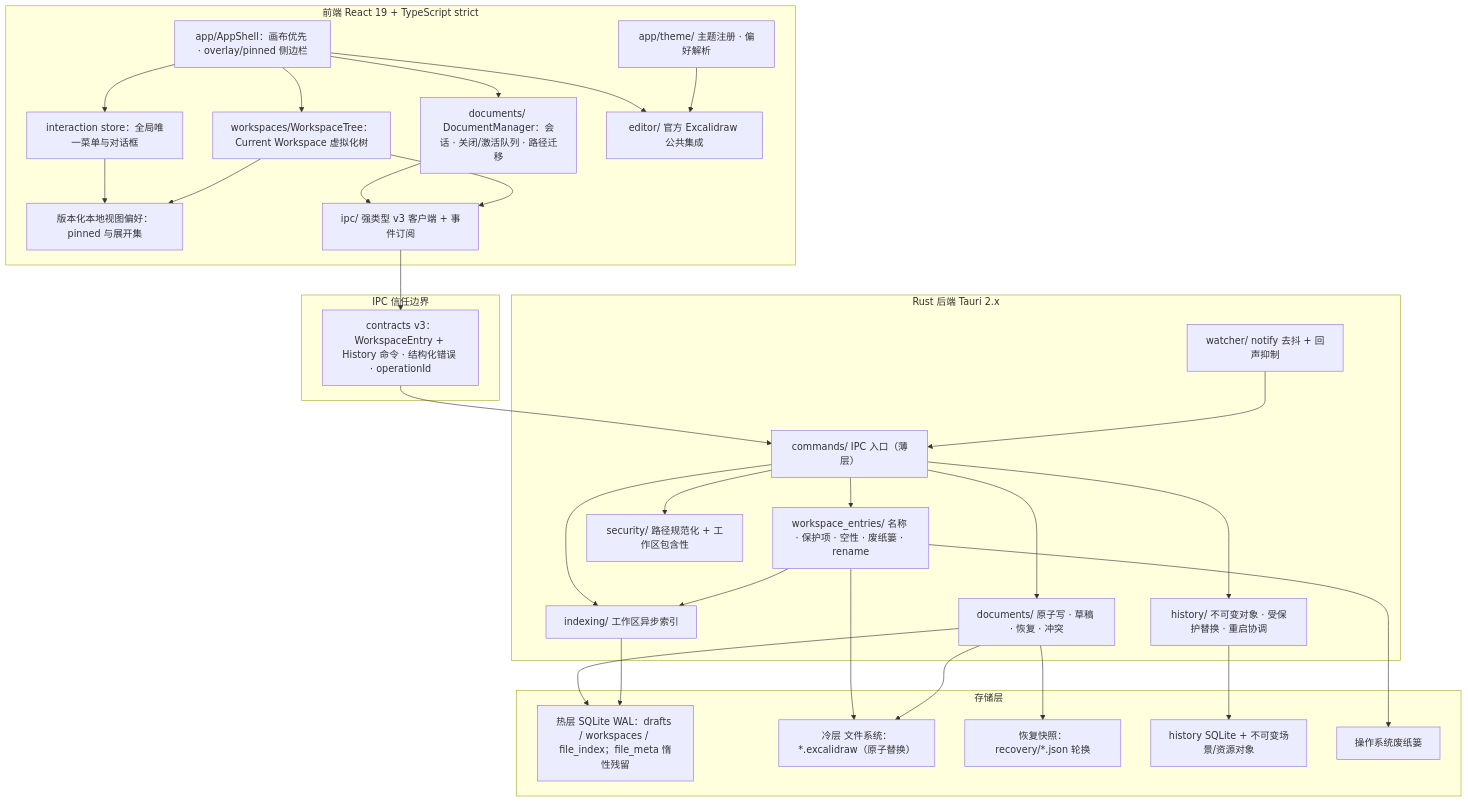
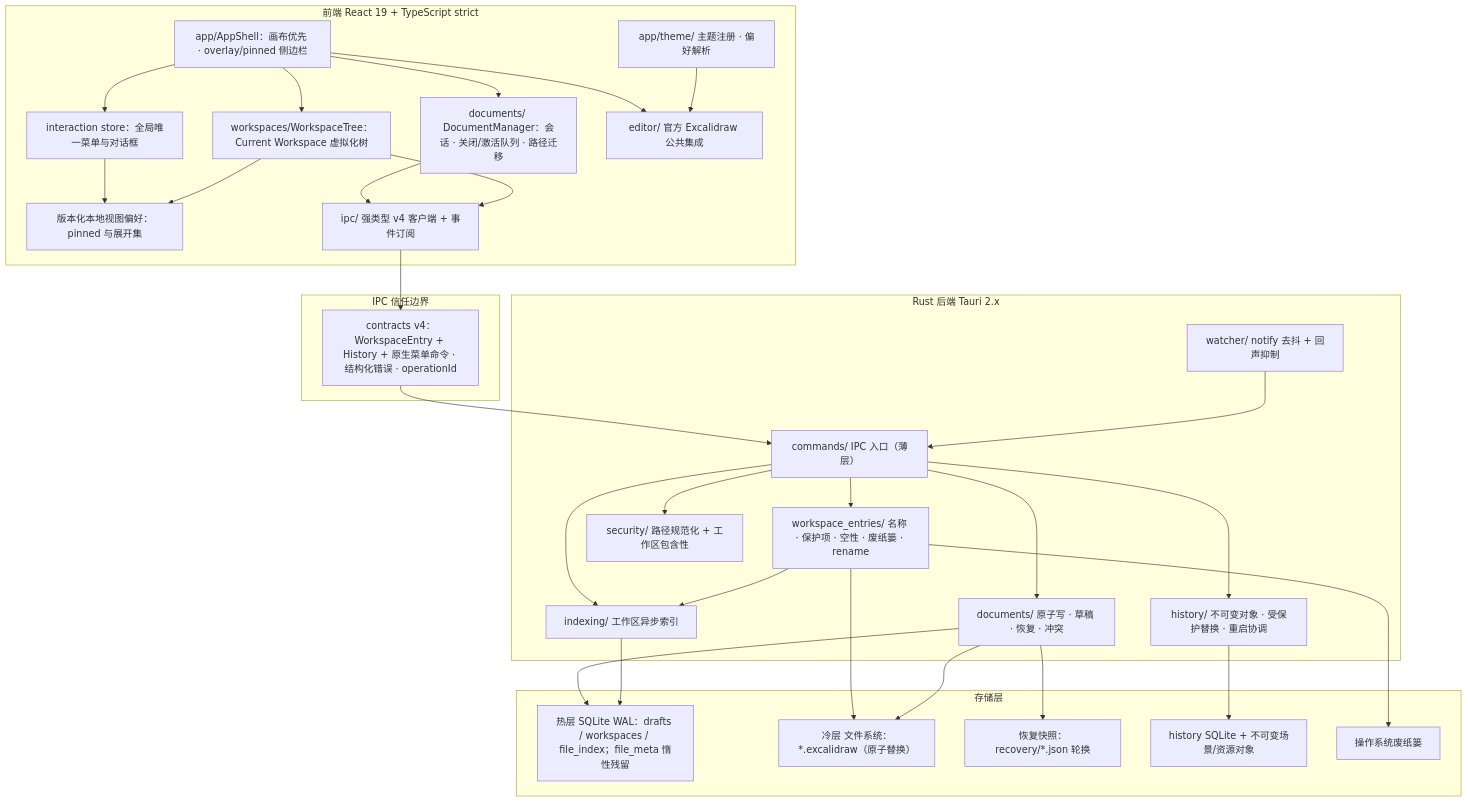
One commit to ignacioli/excalidraw-desktop changed the first of 7 diagrams in docs/architecture.zh.md. Above: the diagram before and after it, drawn with Mermaid. The commit also changed other lines of this file and 12 other files, not shown here.

Commit message:
Document IPC contract v4, language flow, and native menu check; instrument the startup language handshake

````diff
--- a/docs/architecture.zh.md
+++ b/docs/architecture.zh.md
@@ -19,56 +19,56 @@
 ```mermaid
 flowchart TB
     subgraph frontend [前端 React 19 + TypeScript strict]
         AppShell["app/AppShell：画布优先 · overlay/pinned 侧边栏"]
         Interaction["interaction store：全局唯一菜单与对话框"]
         Tree["workspaces/WorkspaceTree：Current Workspace 虚拟化树"]
         Docs["documents/ DocumentManager：会话 · 关闭/激活队列 · 路径迁移"]
         Editor["editor/ 官方 Excalidraw 公共集成"]
         Theme["app/theme/ 主题注册 · 偏好解析"]
         Prefs["版本化本地视图偏好：pinned 与展开集"]
-        IpcClient["ipc/ 强类型 v3 客户端 + 事件订阅"]
+        IpcClient["ipc/ 强类型 v4 客户端 + 事件订阅"]
     end
     subgraph boundary [IPC 信任边界]
-        Contracts["contracts v3：WorkspaceEntry + History 命令 · 结构化错误 · operationId"]
+        Contracts["contracts v4：WorkspaceEntry + History + 原生菜单命令 · 结构化错误 · operationId"]
     end
     subgraph backend [Rust 后端 Tauri 2.x]
         Commands["commands/ IPC 入口（薄层）"]
         EntryDomain["workspace_entries/ 名称 · 保护项 · 空性 · 废纸篓 · rename"]
         Security["security/ 路径规范化 + 工作区包含性"]
         DomainDocs["documents/ 原子写 · 草稿 · 恢复 · 冲突"]
         HistoryDomain["history/ 不可变对象 · 受保护替换 · 重启协调"]
         Indexing["indexing/ 工作区异步索引"]
         Watcher["watcher/ notify 去抖 + 回声抑制"]
     end
     subgraph storage [存储层]
         Hot["热层 SQLite WAL：drafts / workspaces / file_index；file_meta 惰性残留"]
         Cold["冷层 文件系统：*.excalidraw（原子替换）"]
         Recovery["恢复快照：recovery/*.json 轮换"]
         History["history SQLite + 不可变场景/资源对象"]
         Trash["操作系统废纸篓"]
     end
     AppShell --> Interaction
     AppShell --> Tree
     AppShell --> Docs
     AppShell --> Editor
     Interaction --> Prefs
     Tree --> Prefs
     Theme --> Editor
     Docs --> IpcClient
     Tree --> IpcClient
     IpcClient --> Contracts --> Commands
     Commands --> Security
     Commands --> EntryDomain
     Commands --> DomainDocs
     Commands --> HistoryDomain
     Commands --> Indexing
     Watcher --> Commands
     EntryDomain --> Indexing
     EntryDomain --> Cold
     EntryDomain --> Trash
     DomainDocs --> Hot
     DomainDocs --> Cold
     DomainDocs --> Recovery
     HistoryDomain --> History
     Indexing --> Hot
 ```
````
